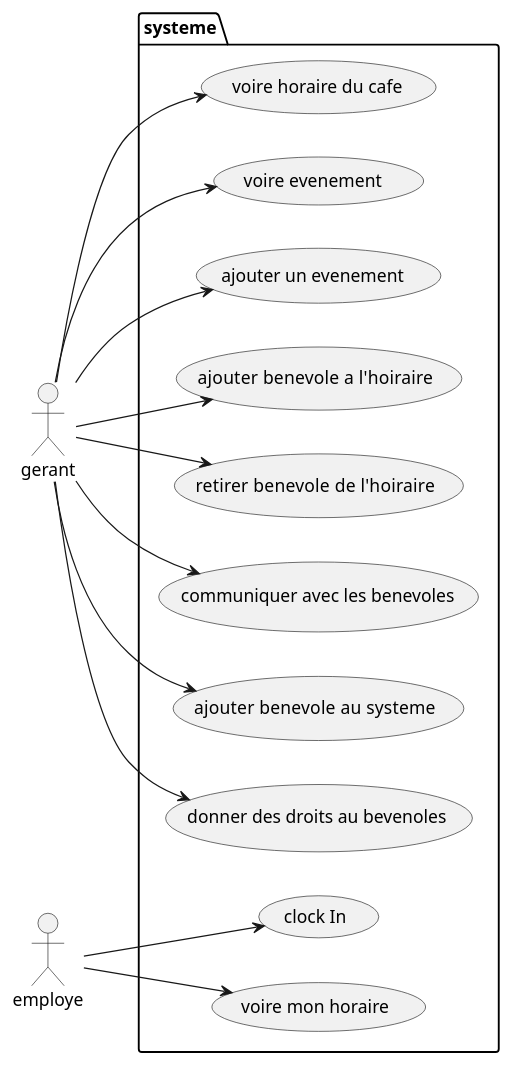
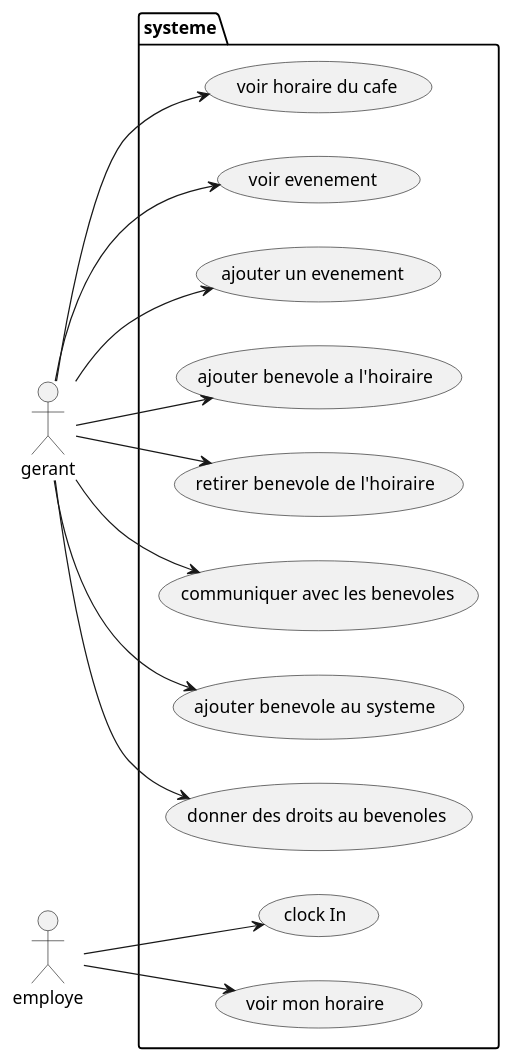
Before and after one commit to ceduni/cafe-sans-fil: the diagram in Analyse/CU diagram.wsd, drawn with PlantUML. The commit also changed 10 other files, not shown here.

```diff
--- a/Analyse/CU diagram.wsd
+++ b/Analyse/CU diagram.wsd
@@ -1,31 +1,31 @@
 @startuml CU
 left to right direction
 actor gerant as g
 actor employe as em
 
 package systeme{
-    usecase " voire horaire du cafe" as CU1
-    usecase "voire evenement " as CU2
+    usecase " voir horaire du cafe" as CU1
+    usecase "voir evenement " as CU2
     usecase "ajouter un evenement " as CU3
     usecase "retirer un evenement " as CU4
     usecase "ajouter  benevole a l'hoiraire" as CU4
     usecase "retirer  benevole de l'hoiraire" as CU5
     usecase "communiquer avec les benevoles" as CU6
     usecase "ajouter  benevole au systeme" as CU7
     usecase "donner des droits au bevenoles" as CU8
     usecase "clock In" as CU9
-    usecase "voire mon horaire" as CU10
+    usecase "voir mon horaire" as CU10
 }
 
 em --> CU9
 em --> CU10
 
 g --> CU1
 g --> CU2
 g --> CU3
 g --> CU4
 g --> CU5
 g --> CU6
 g --> CU7
 g --> CU8
 @enduml
```
